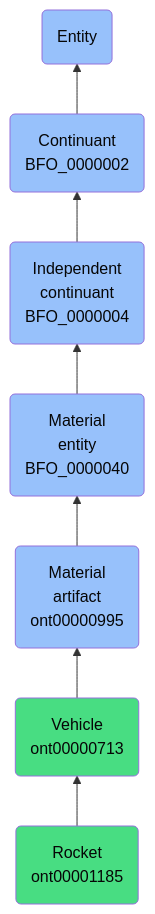
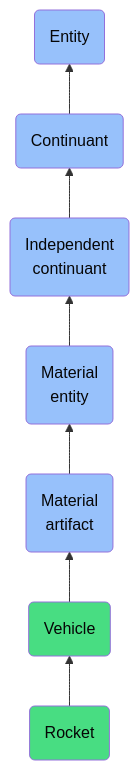
The diagram in docs/ontology/reference/model/Entity/Continuant/Independent continuant/Material entity/Material artifact/Vehicle/Rocket/Rocket.md (jupyter-naas/abi), drawn with Mermaid before and after one commit. The commit also changed other lines of this file and 1430 other files, not shown here.

````diff
--- a/docs/ontology/reference/model/Entity/Continuant/Independent continuant/Material entity/Material artifact/Vehicle/Rocket/Rocket.md
+++ b/docs/ontology/reference/model/Entity/Continuant/Independent continuant/Material entity/Material artifact/Vehicle/Rocket/Rocket.md
@@ -24,14 +24,14 @@
 ```mermaid
 graph BT
-    ont00001185(Rocket<br>ont00001185):::ABI-->ont00000713
-    ont00000713(Vehicle<br>ont00000713):::ABI-->ont00000995
-    ont00000995(Material<br>artifact<br>ont00000995):::BFO-->BFO_0000040
-    BFO_0000040(Material<br>entity<br>BFO_0000040):::BFO-->BFO_0000004
-    BFO_0000004(Independent<br>continuant<br>BFO_0000004):::BFO-->BFO_0000002
-    BFO_0000002(Continuant<br>BFO_0000002):::BFO-->BFO_0000001
+    ont00001185(Rocket):::ABI-->ont00000713
+    ont00000713(Vehicle):::ABI-->ont00000995
+    ont00000995(Material<br>artifact):::BFO-->BFO_0000040
+    BFO_0000040(Material<br>entity):::BFO-->BFO_0000004
+    BFO_0000004(Independent<br>continuant):::BFO-->BFO_0000002
+    BFO_0000002(Continuant):::BFO-->BFO_0000001
     BFO_0000001(Entity):::BFO
     
     classDef BFO fill:#97c1fb,color:#060606
     classDef CCO fill:#e4c51e,color:#060606
     classDef ABI fill:#48DD82,color:#060606
 ```
````
